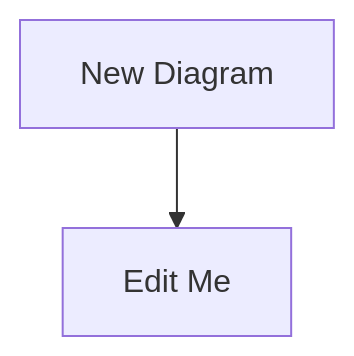
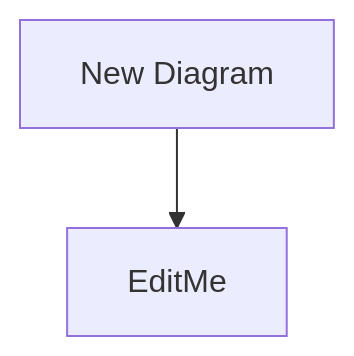
Before and after one commit to Skreen5hot/BoilerPWA: the diagram in mermaid/yo mama.mmd, drawn with Mermaid.

Commit message:
[Mermaid-IDE] update diagram: yo mama.mmd

```diff
--- a/mermaid/yo mama.mmd
+++ b/mermaid/yo mama.mmd
@@ -1,2 +1,2 @@
 graph TD
-    A[New Diagram] --> B[Edit Me];
+    A[New Diagram] --> B[EditMe];
```
